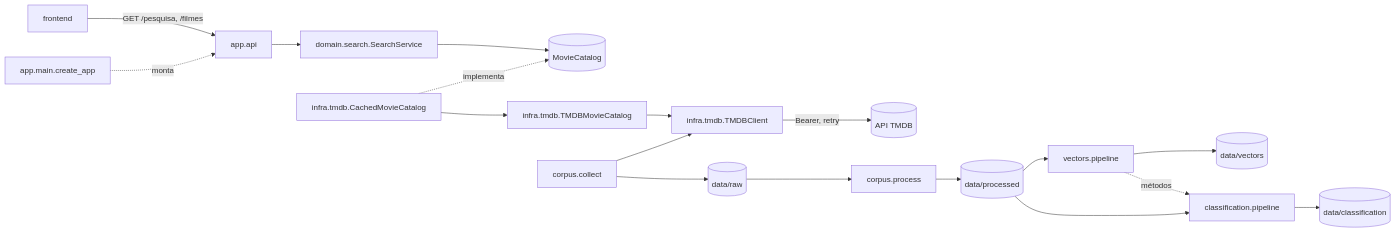
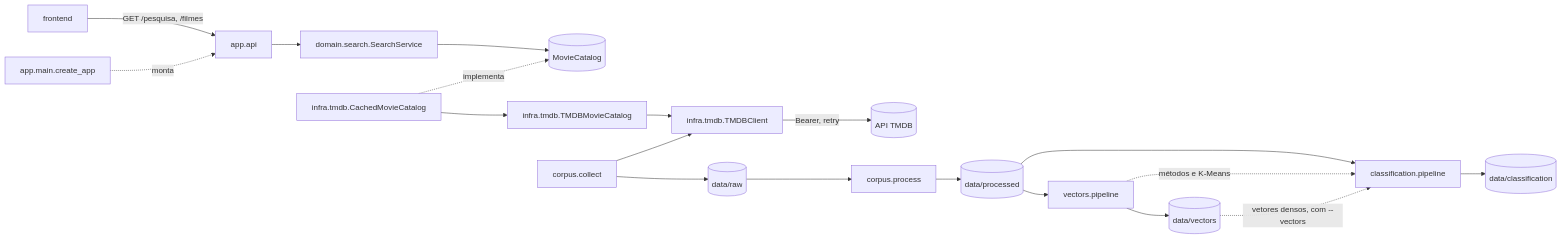
One commit to KaikeDev/PLN changed the diagram in docs/arquitetura.md. Above: the diagram before and after it, drawn with Mermaid. The commit also changed other lines of this file and 10 other files, not shown here.

````diff
--- a/docs/arquitetura.md
+++ b/docs/arquitetura.md
@@ -26,17 +37,18 @@
 ```mermaid
 flowchart LR
     UI[frontend] -->|GET /pesquisa, /filmes| API[app.api]
     API --> SVC[domain.search.SearchService]
     SVC --> PORT[(MovieCatalog)]
     CACHE[infra.tmdb.CachedMovieCatalog] -. implementa .-> PORT
     CACHE --> CAT[infra.tmdb.TMDBMovieCatalog]
     CAT --> CLI[infra.tmdb.TMDBClient]
     CLI -->|Bearer, retry| TMDB[(API TMDB)]
     MAIN[app.main.create_app] -. monta .-> API
     COL[corpus.collect] --> CLI
     COL --> RAW[(data/raw)]
     RAW --> PROC[corpus.process] --> PRD[(data/processed)]
     PRD --> VEC[vectors.pipeline] --> VD[(data/vectors)]
     PRD --> CLS[classification.pipeline] --> CD[(data/classification)]
-    VEC -. métodos .-> CLS
+    VEC -. métodos e K-Means .-> CLS
+    VD -. vetores densos, com --vectors .-> CLS
 ```
````
